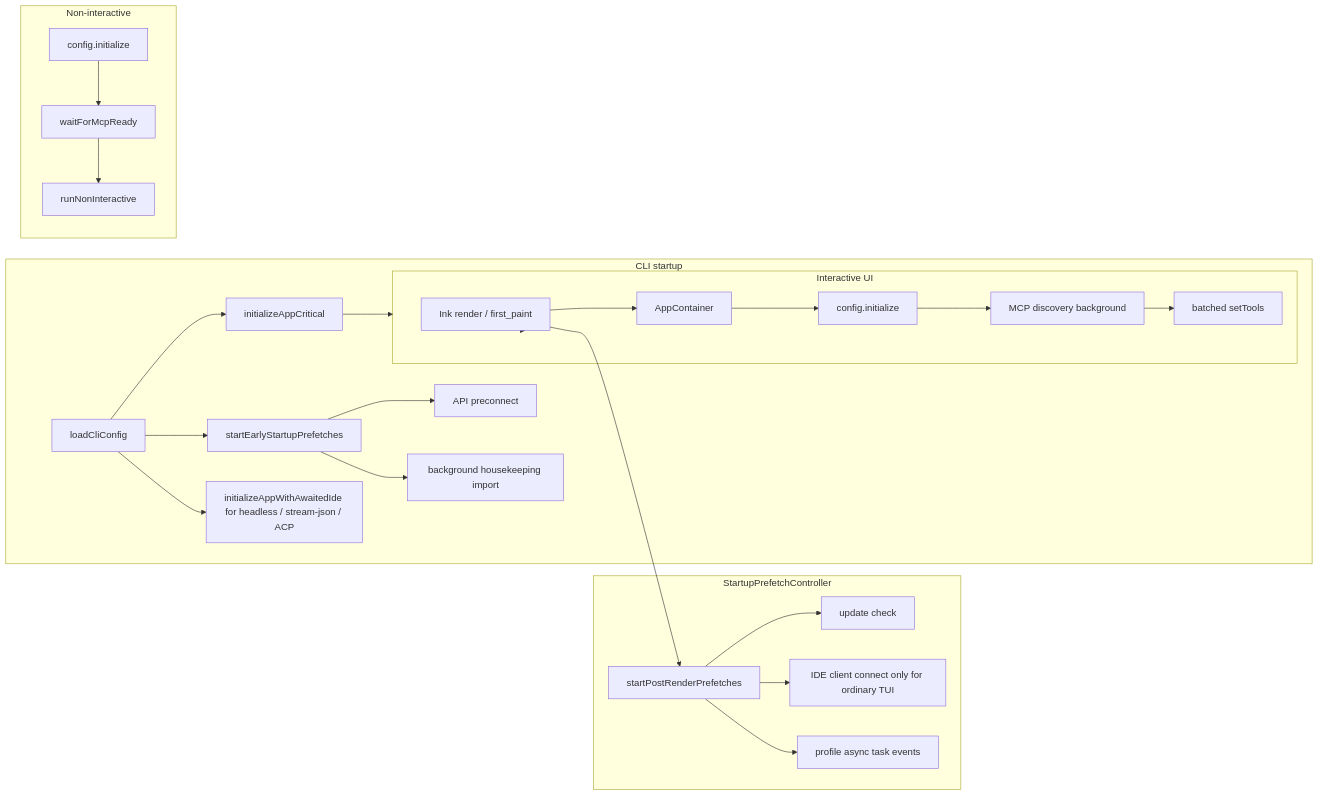
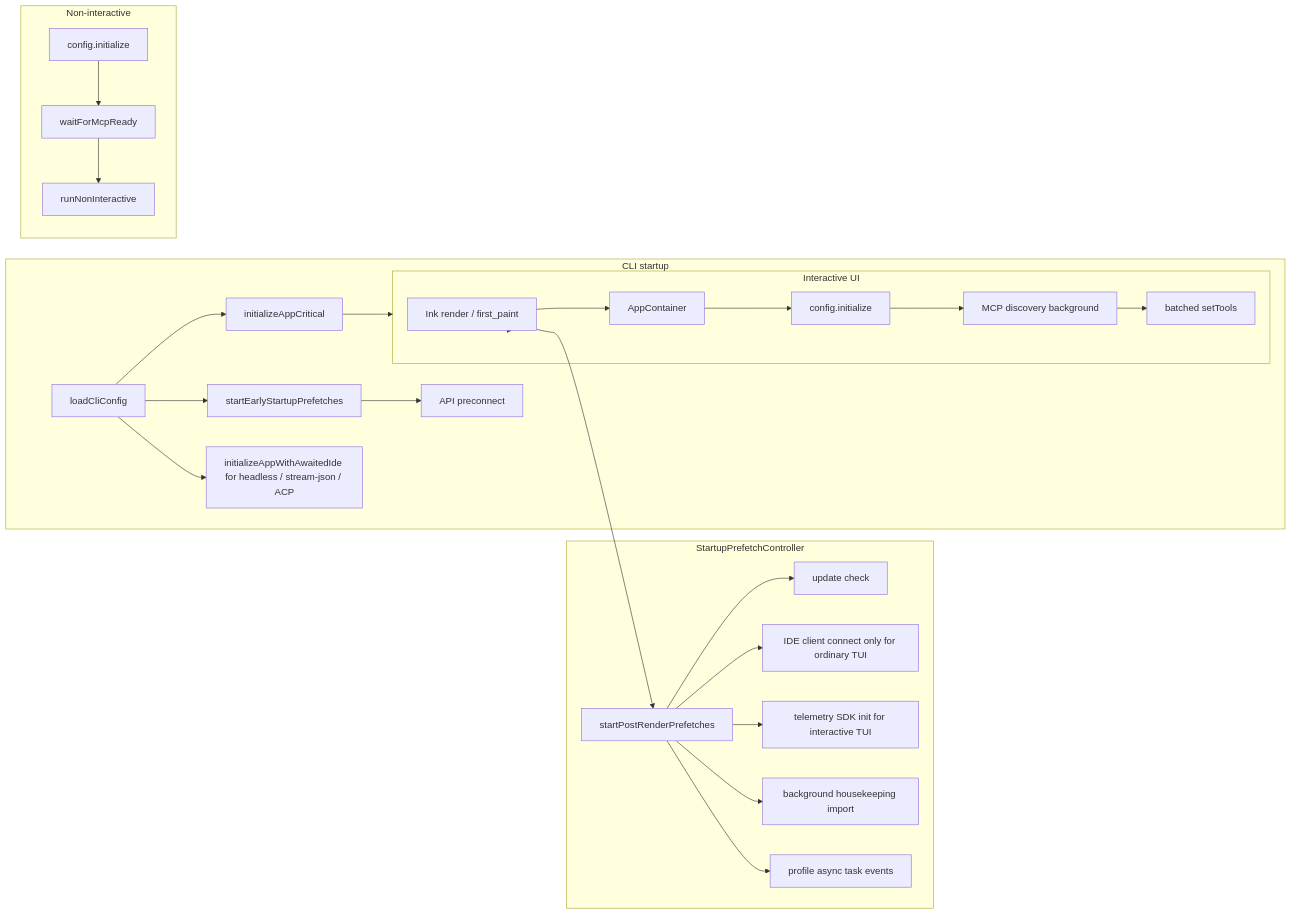
Before and after one commit to QwenLM/qwen-code: the second of 3 diagrams in docs/design/fire-and-forget-startup-prefetch.md, drawn with Mermaid. The commit also changed other lines of this file and 8 other files, not shown here.

Commit message:
perf(cli): defer interactive telemetry startup

````diff
--- a/docs/design/fire-and-forget-startup-prefetch.md
+++ b/docs/design/fire-and-forget-startup-prefetch.md
@@ -55,32 +56,33 @@
 ```mermaid
 flowchart LR
   subgraph CLI[CLI startup]
     G[loadCliConfig] --> EP[startEarlyStartupPrefetches]
     EP --> PC[API preconnect]
-    EP --> HK[background housekeeping import]
     G --> IA[initializeAppCritical]
     G --> HI[initializeAppWithAwaitedIde for headless / stream-json / ACP]
     IA --> UI[startInteractiveUI]
   end
 
   subgraph Prefetch[StartupPrefetchController]
     SP[startPostRenderPrefetches]
     SP --> UP[update check]
     SP --> IDE[IDE client connect only for ordinary TUI]
+    SP --> OTEL[telemetry SDK init for interactive TUI]
+    SP --> HK[background housekeeping import]
     SP --> PROF[profile async task events]
   end
 
   subgraph UI[Interactive UI]
     UI --> FP[Ink render / first_paint]
     FP --> SP
     FP --> AC[AppContainer]
     AC --> CI[config.initialize]
     CI --> MCP[MCP discovery background]
     MCP --> BT[batched setTools]
   end
 
   subgraph Headless[Non-interactive]
     CI2[config.initialize] --> WM[waitForMcpReady]
     WM --> RUN[runNonInteractive]
   end
 ```
````
